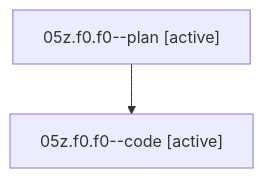
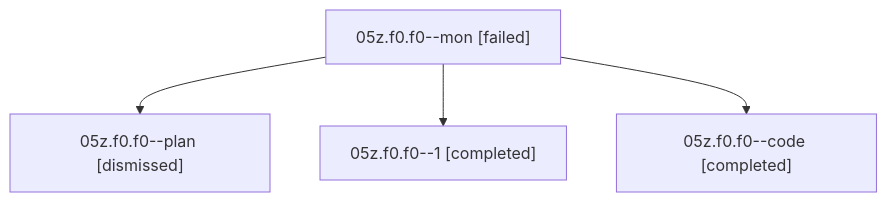
One commit to sase-org/sase--agents changed the diagram in families/bbugyi200.athena.05z.f0.f0.md. Above: the diagram before and after it, drawn with Mermaid. The commit also changed other lines of this file and 530 other files, not shown here.

````diff
--- a/families/bbugyi200.athena.05z.f0.f0.md
+++ b/families/bbugyi200.athena.05z.f0.f0.md
@@ -9,6 +9,10 @@
 ```mermaid
 flowchart TD
-  n0["05z.f0.f0--plan [active]"]
-  n1["05z.f0.f0--code [active]"]
+  n0["05z.f0.f0--mon [failed]"]
+  n1["05z.f0.f0--plan [dismissed]"]
   n0 --> n1
+  n2["05z.f0.f0--1 [completed]"]
+  n0 --> n2
+  n3["05z.f0.f0--code [completed]"]
+  n0 --> n3
 ```
````
